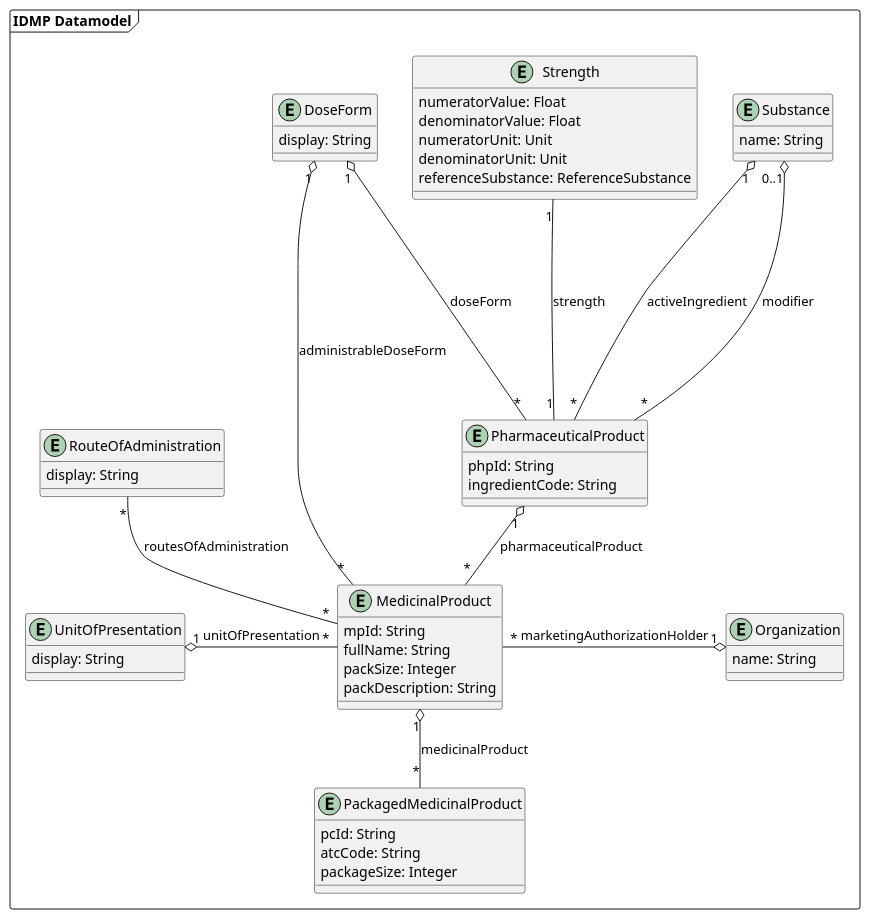
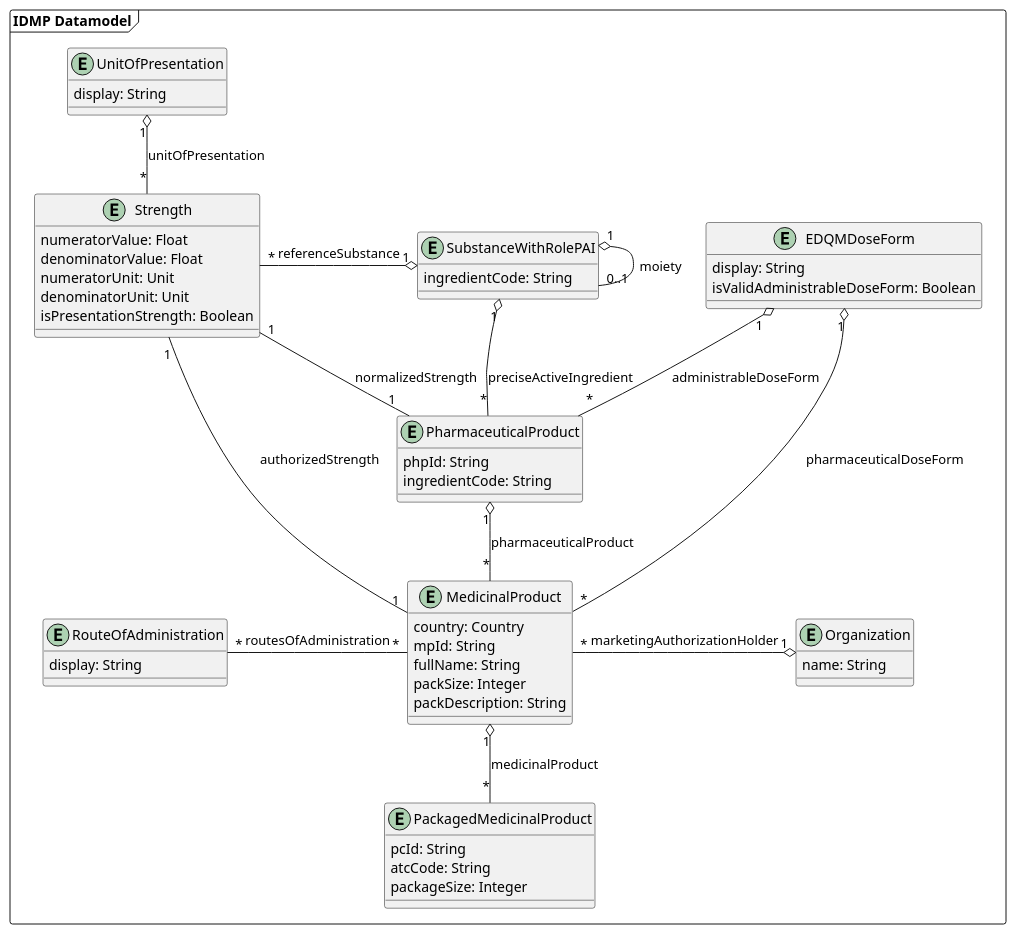
Before and after one commit to unicom-project-eu/wp6-db-api: the diagram in uml/class/datamodel.puml, drawn with PlantUML.

Commit message:
Modified and validated UML with Robert

```diff
--- a/uml/class/datamodel.puml
+++ b/uml/class/datamodel.puml
@@ -1,69 +1,73 @@
 @startuml
 'https://plantuml.com/class-diagram
 
 package "IDMP Datamodel" as idmpDatamodel <<frame>> {
     entity RouteOfAdministration {
         display: String
     }
 
     entity UnitOfPresentation {
         display: String
     }
 
     together {
-        entity DoseForm {
+        entity EDQMDoseForm {
             display: String
+            isValidAdministrableDoseForm: Boolean
         }
 
         entity Strength {
             numeratorValue: Float
             denominatorValue: Float
             numeratorUnit: Unit
             denominatorUnit: Unit
-            referenceSubstance: ReferenceSubstance
+            isPresentationStrength: Boolean
         }
 
-        entity Substance {
-            name: String
+        entity SubstanceWithRolePAI {
+            ingredientCode: String
         }
     }
 
     entity PharmaceuticalProduct {
         phpId: String
         ingredientCode: String
     }
 
     entity MedicinalProduct {
+        country: Country
         mpId: String
         fullName: String
         packSize: Integer
         packDescription: String
     }
 
     entity PackagedMedicinalProduct {
         pcId: String
         atcCode: String
         packageSize: Integer
     }
 
     entity Organization {
         name: String
     }
 
-    Substance "1" o---- "*" PharmaceuticalProduct : activeIngredient
-    Substance "0..1" o---- "*" PharmaceuticalProduct : modifier
-    DoseForm "1" o-- "*" PharmaceuticalProduct : doseForm
-    Strength "1" -- "1" PharmaceuticalProduct : strength
+    SubstanceWithRolePAI "1" o---- "*" PharmaceuticalProduct : preciseActiveIngredient
+    SubstanceWithRolePAI "1" o- "0..1" SubstanceWithRolePAI : moiety
+    EDQMDoseForm "1" o-- "*" PharmaceuticalProduct : administrableDoseForm
+    Strength "1" -- "1" PharmaceuticalProduct : normalizedStrength
 
     PharmaceuticalProduct "1" o-- "*" MedicinalProduct : pharmaceuticalProduct
 
     MedicinalProduct "1" o-- "*" PackagedMedicinalProduct : medicinalProduct
-    MedicinalProduct "*" --o "1" DoseForm : administrableDoseForm
+    MedicinalProduct "*" --o "1" EDQMDoseForm : pharmaceuticalDoseForm
+    MedicinalProduct "1" -- "1" Strength : authorizedStrength
     RouteOfAdministration "*" - "*" MedicinalProduct : routesOfAdministration
-    UnitOfPresentation "1" o- "*" MedicinalProduct : unitOfPresentation
+    ' UnitOfPresentation "1" o- "*" MedicinalProduct : unitOfPresentation
+    UnitOfPresentation "1" o-- "*" Strength: unitOfPresentation
 
     MedicinalProduct "*" -o "1" Organization : marketingAuthorizationHolder
 
-    RouteOfAdministration -[hidden]-> UnitOfPresentation
+    Strength "*" -o "1" SubstanceWithRolePAI : referenceSubstance
 }
 @enduml
```
